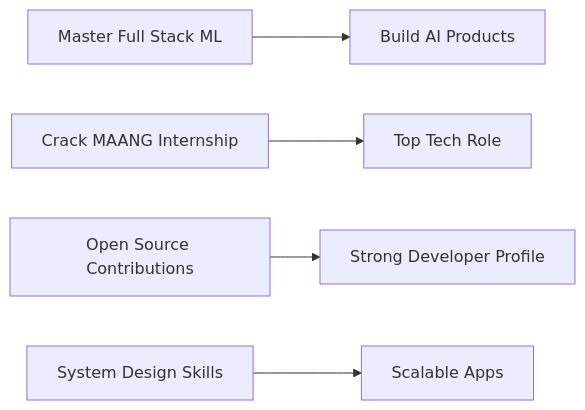
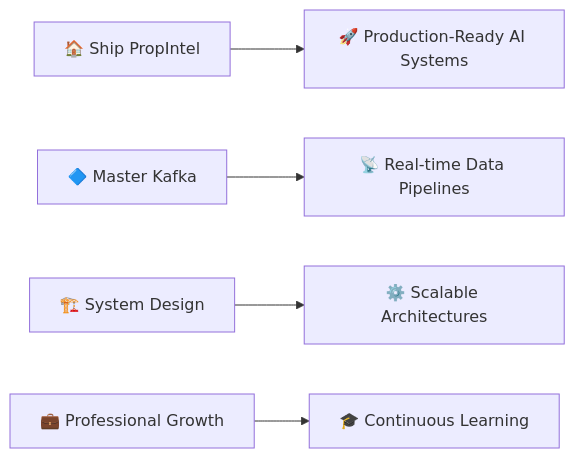
One commit to 7Vedansh/7Vedansh changed the diagram in README.md. Above: the diagram before and after it, drawn with Mermaid. The commit also changed other lines of this file, not shown here.

````diff
--- a/README.md
+++ b/README.md
@@ -94,7 +153,7 @@
 ```mermaid
 graph LR
-A[Master Full Stack ML] --> B[Build AI Products]
-C[Crack MAANG Internship] --> D[Top Tech Role]
-E[Open Source Contributions] --> F[Strong Developer Profile]
-G[System Design Skills] --> H[Scalable Apps]
+    A[🏠 Ship PropIntel] --> B[🚀 Production-Ready AI Systems]
+    C[🔷 Master Kafka] --> D[📡 Real-time Data Pipelines]
+    E[🏗️ System Design] --> F[⚙️ Scalable Architectures]
+    G[💼 Professional Growth] --> H[🎓 Continuous Learning]
 ```
````
